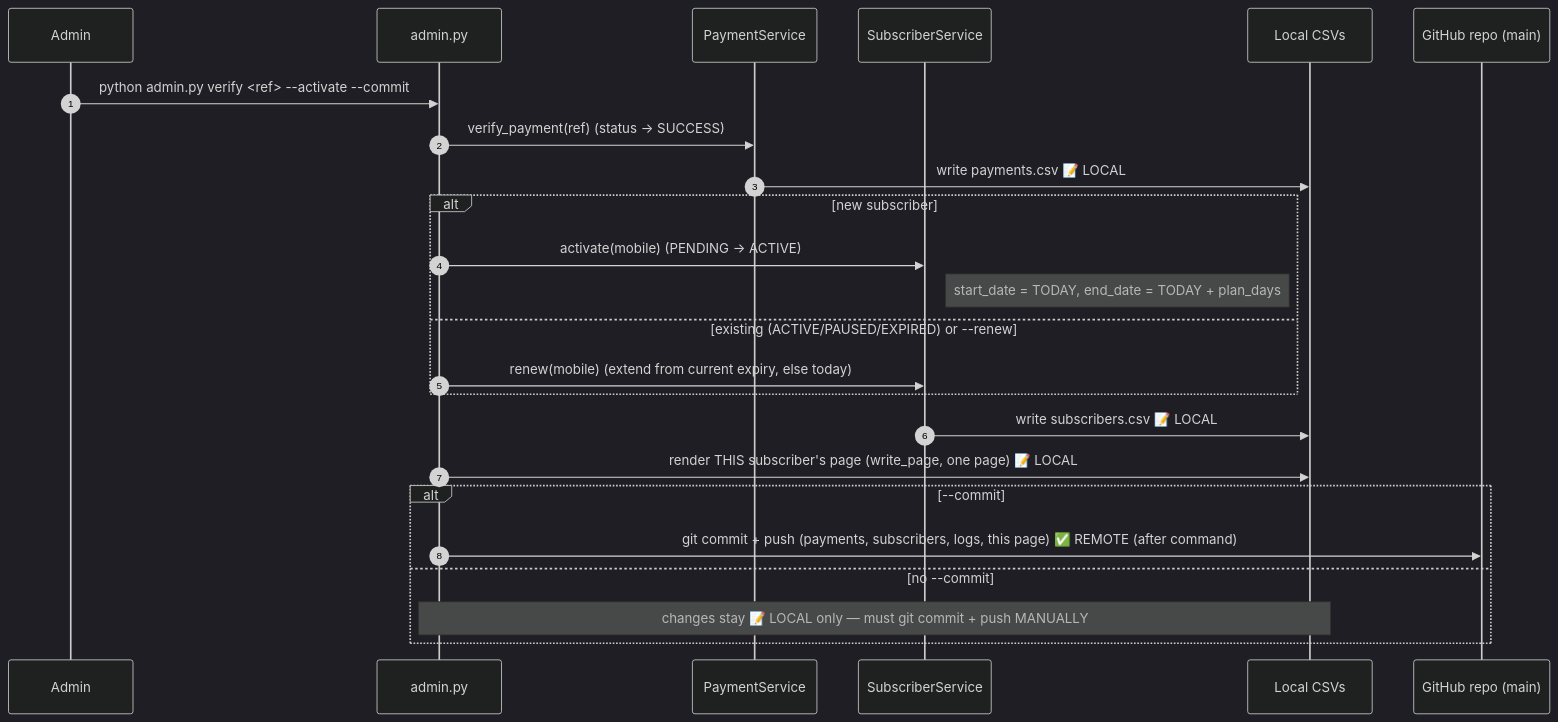
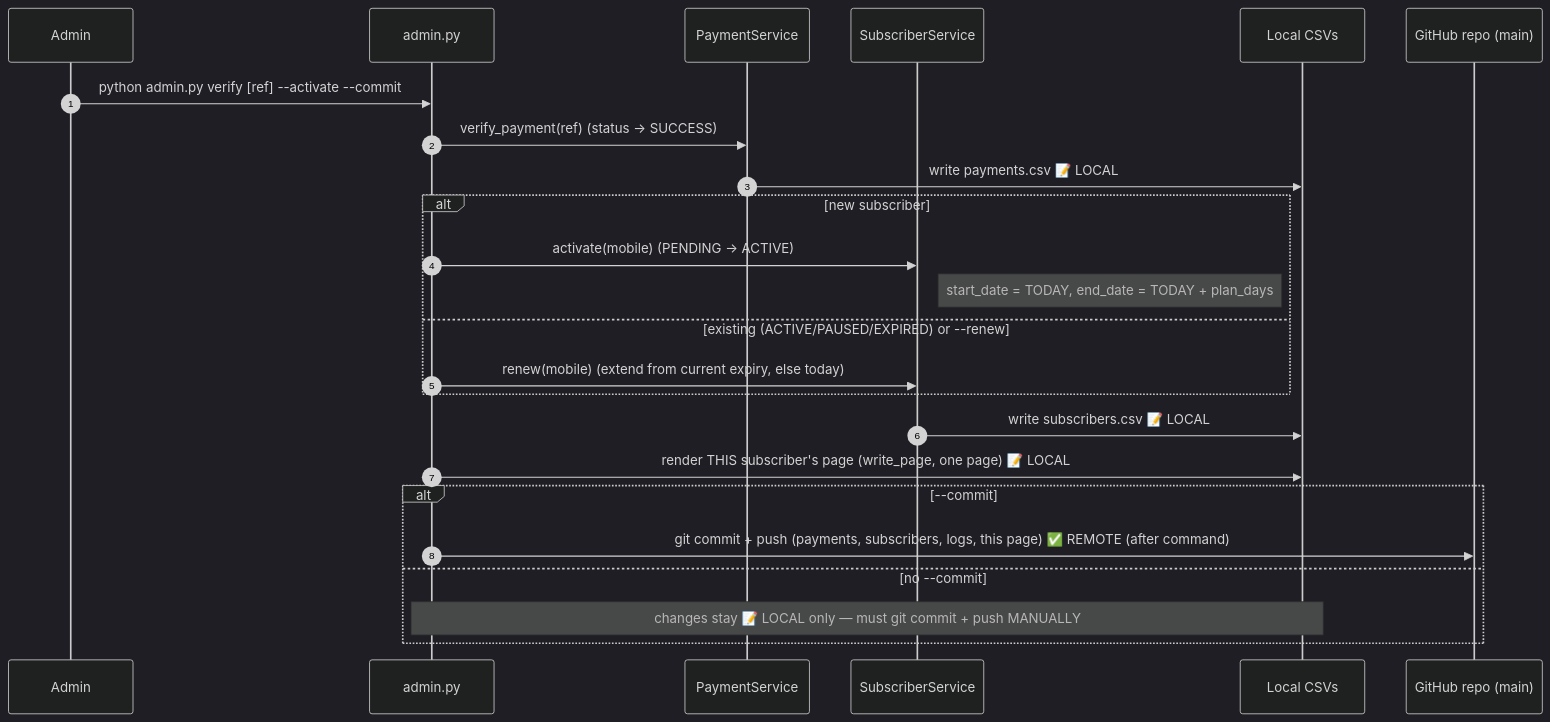
The fifth of 6 diagrams in sequence-diagrams.md (mishnit/daily-darshan), drawn with Mermaid (dark theme) before and after one commit. The commit also changed other lines of this file, not shown here.

Commit message:
Fix formatting issues in sequence-diagrams.md

````diff
--- a/sequence-diagrams.md
+++ b/sequence-diagrams.md
@@ -220,27 +220,27 @@
 ```mermaid
 sequenceDiagram
     autonumber
     participant Admin
     participant CLI as admin.py
     participant Pay as PaymentService
     participant Sub as SubscriberService
     participant Local as Local CSVs
     participant Repo as GitHub repo (main)
 
-    Admin->>CLI: python admin.py verify <ref> --activate --commit
+    Admin->>CLI: python admin.py verify [ref] --activate --commit
     CLI->>Pay: verify_payment(ref)  (status -> SUCCESS)
     Pay->>Local: write payments.csv  📝 LOCAL
     alt new subscriber
         CLI->>Sub: activate(mobile)  (PENDING -> ACTIVE)
         Note right of Sub: start_date = TODAY, end_date = TODAY + plan_days
     else existing (ACTIVE/PAUSED/EXPIRED) or --renew
         CLI->>Sub: renew(mobile)  (extend from current expiry, else today)
     end
     Sub->>Local: write subscribers.csv  📝 LOCAL
     CLI->>Local: render THIS subscriber's page (write_page, one page)  📝 LOCAL
     alt --commit
         CLI->>Repo: git commit + push (payments, subscribers, logs, this page)  ✅ REMOTE (after command)
     else no --commit
         Note over CLI,Local: changes stay 📝 LOCAL only — must git commit + push MANUALLY
     end
 ```
````
